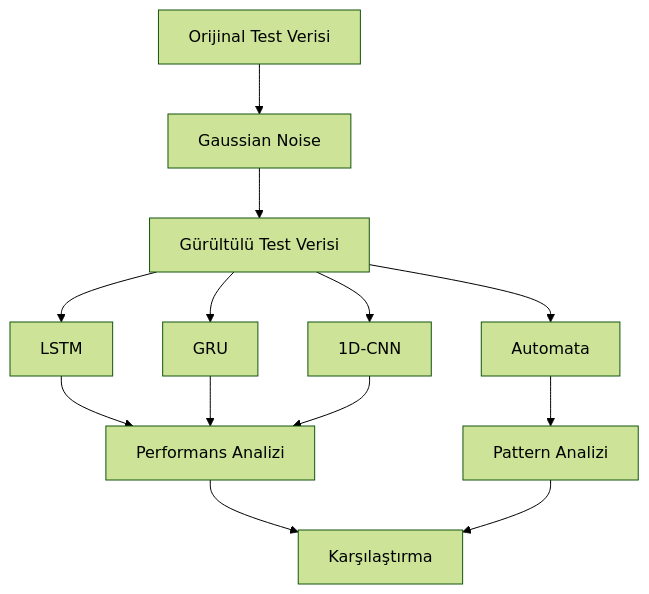
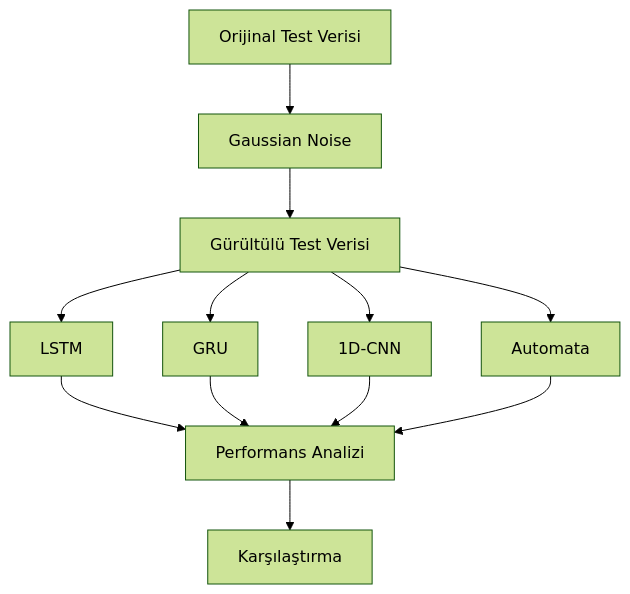
One commit to senaycengiz/yazlab2-aciklanabilir-zaman-serisi-analizi changed the second of 2 diagrams in README.md. Above: the diagram before and after it, drawn with Mermaid (forest theme). The commit also changed other lines of this file, not shown here.

````diff
--- a/README.md
+++ b/README.md
@@ -448,22 +463,20 @@
 ```mermaid
 flowchart TD
 
 A[Orijinal Test Verisi]
 --> B[Gaussian Noise]
 
 B --> C[Gürültülü Test Verisi]
 
 C --> D[LSTM]
 C --> E[GRU]
 C --> F[1D-CNN]
 C --> G[Automata]
 
 D --> H[Performans Analizi]
 E --> H
 F --> H
+G --> H
 
-G --> I[Pattern Analizi]
-
-H --> J[Karşılaştırma]
-I --> J
+H --> I[Karşılaştırma]
 ```
````
